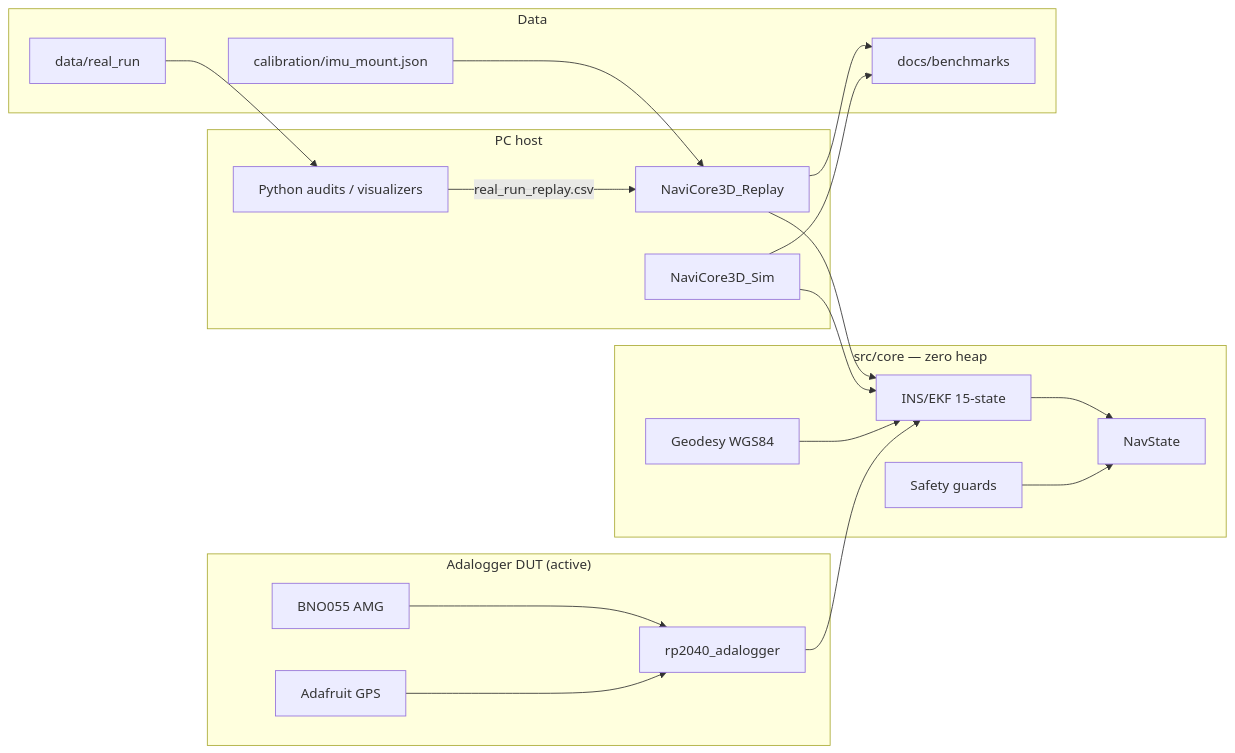
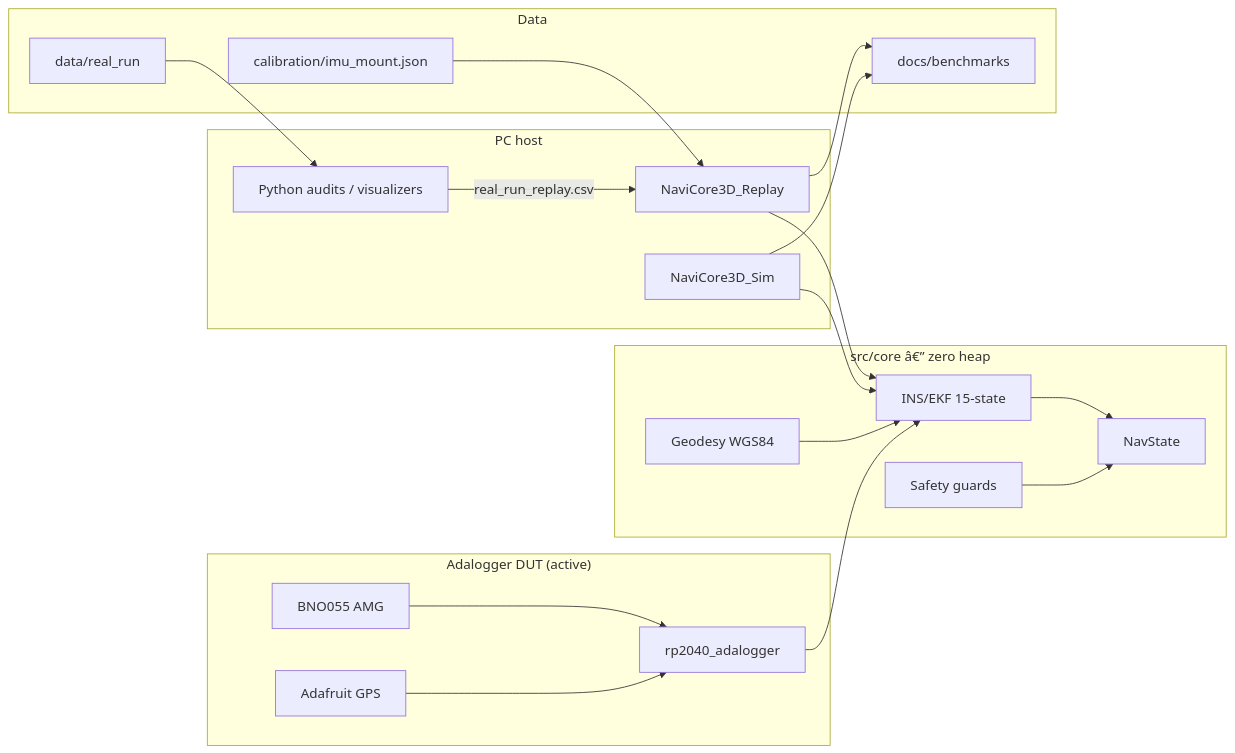
The diagram in README.md (Juanki58/NaviCore-3D), drawn with Mermaid before and after one commit. The commit also changed other lines of this file and 2 other files, not shown here.

````diff
--- a/README.md
+++ b/README.md
@@ -692,38 +695,38 @@
 ```mermaid
 flowchart LR
     subgraph Host["PC host"]
         SIM[NaviCore3D_Sim]
         REPLAY[NaviCore3D_Replay]
         PY[Python audits / visualizers]
     end
-    subgraph Core["src/core — zero heap"]
+    subgraph Core["src/core â€” zero heap"]
         EKF[INS/EKF 15-state]
         GEO[Geodesy WGS84]
         NS[NavState]
         GUARDS[Safety guards]
     end
     subgraph Data["Data"]
         RR[data/real_run]
         CAL[calibration/imu_mount.json]
         CSV[docs/benchmarks]
     end
     subgraph Embedded["Adalogger DUT (active)"]
         PICO[rp2040_adalogger]
         IMU[BNO055 AMG]
         GNSS[Adafruit GPS]
     end
 
     RR --> PY
     PY -->|real_run_replay.csv| REPLAY
     CAL --> REPLAY
     REPLAY --> EKF
     SIM --> EKF
     EKF --> NS
     GEO --> EKF
     GUARDS --> NS
     REPLAY --> CSV
     SIM --> CSV
     IMU --> PICO
     GNSS --> PICO
     PICO --> EKF
 ```
````
